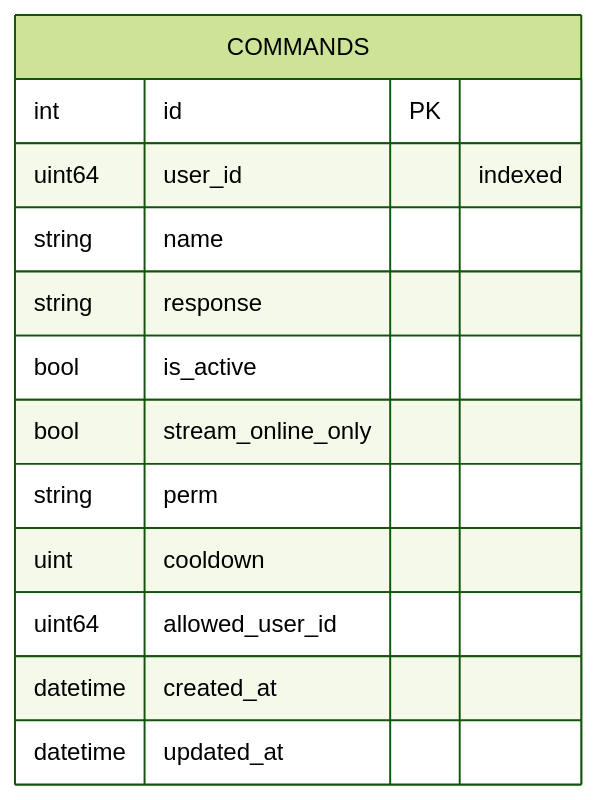
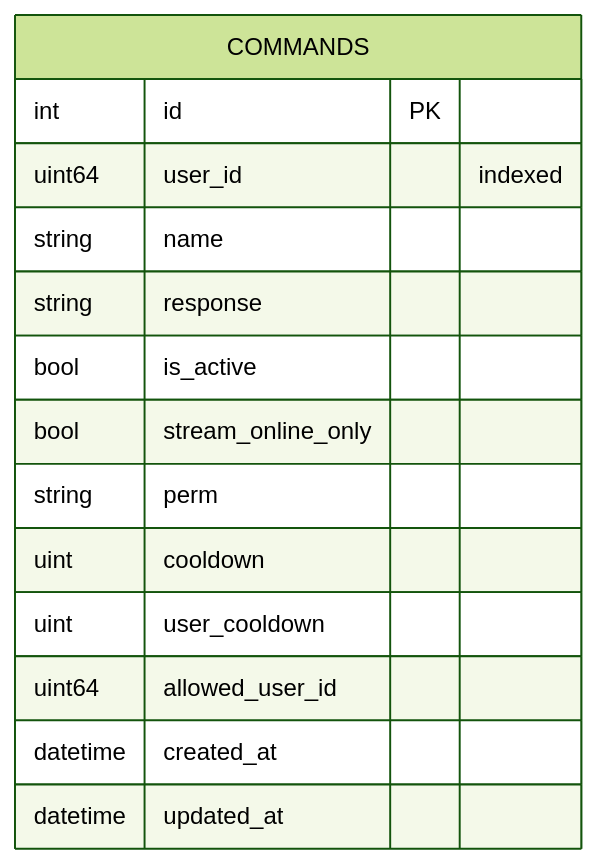
One commit to AdamOusmer/ItsBagelBot changed the third of 5 diagrams in web/docs/src/content/docs/data-and-state/database.md. Above: the diagram before and after it, drawn with Mermaid (forest theme). The commit also changed other lines of this file and 71 other files, not shown here.

````diff
--- a/web/docs/src/content/docs/data-and-state/database.md
+++ b/web/docs/src/content/docs/data-and-state/database.md
@@ -113,16 +114,17 @@
 ```mermaid
 erDiagram
     COMMANDS {
         int id PK
         uint64 user_id "indexed"
         string name
         string response
         bool is_active
         bool stream_online_only
         string perm
         uint cooldown
+        uint user_cooldown
         uint64 allowed_user_id
         datetime created_at
         datetime updated_at
     }
 ```
````
